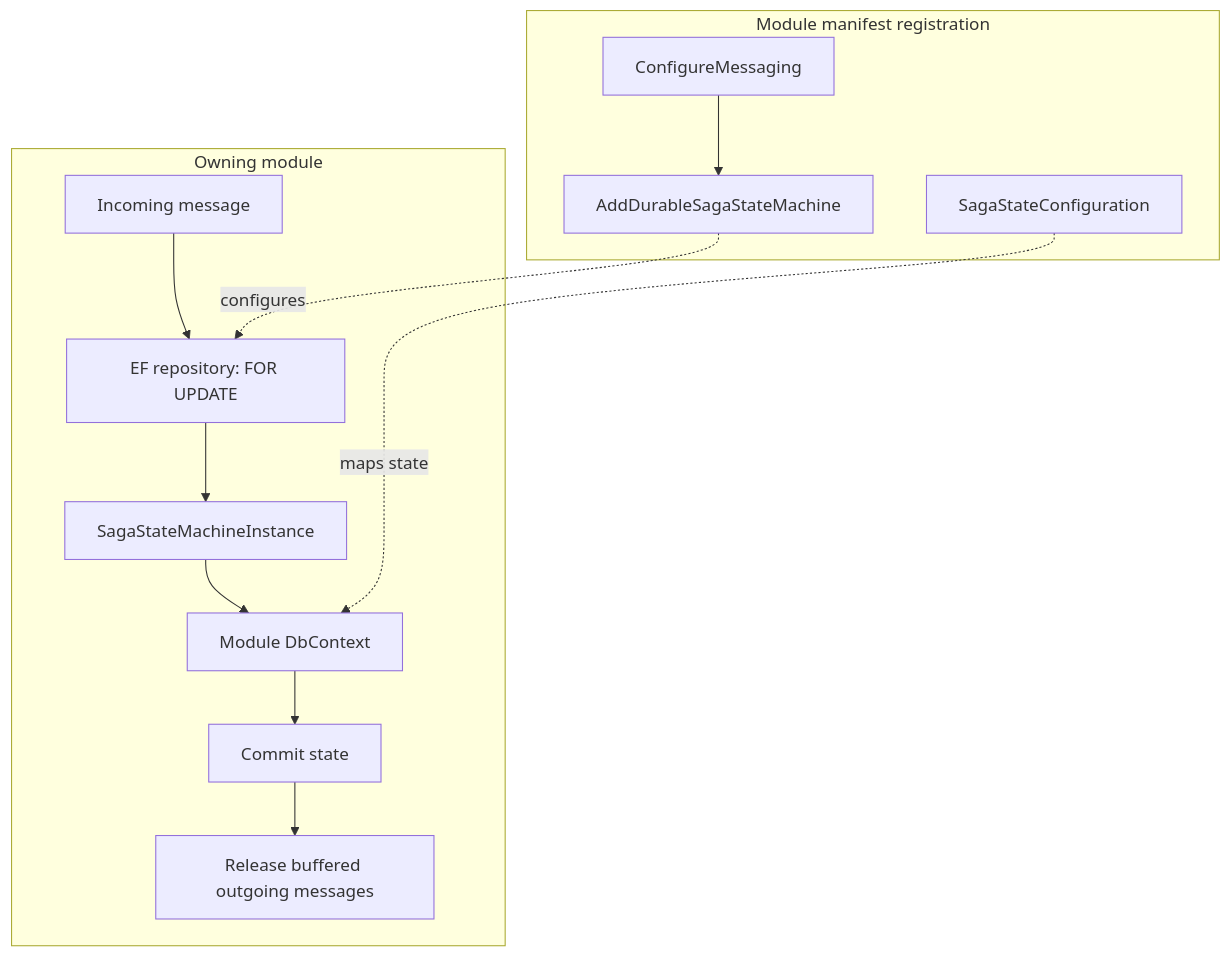
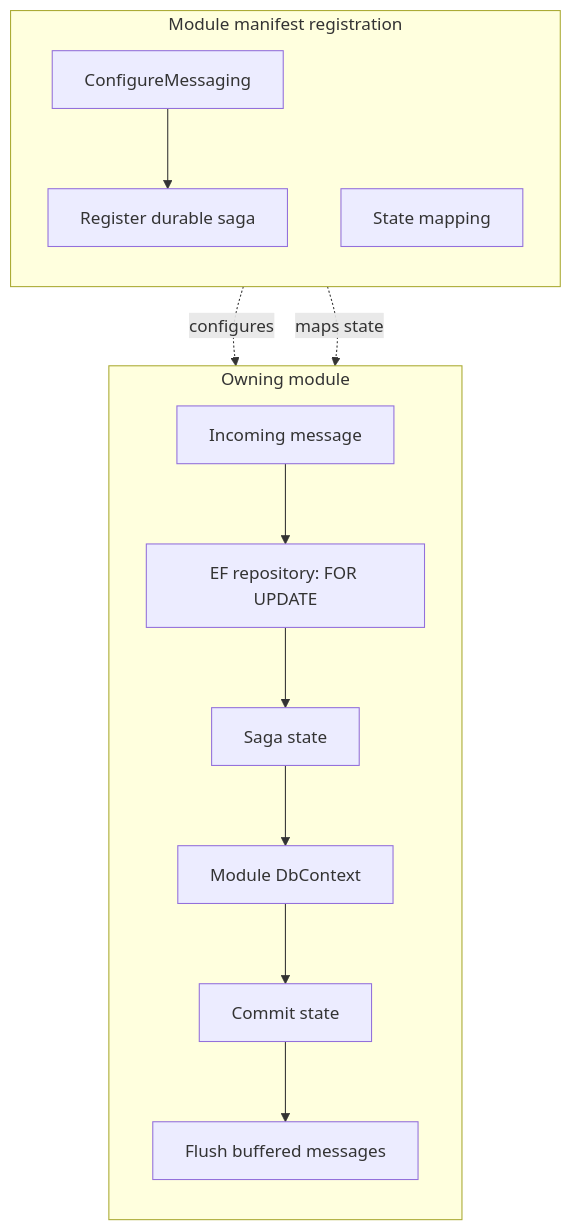
Before and after one commit to mhasabalah/StarterKit: the fifth of 5 diagrams in wiki/Architecture/Messaging.md, drawn with Mermaid. The commit also changed other lines of this file and 152 other files, not shown here.

Commit message:
feat(docs): add Fumadocs V2 and standardize diagrams

````diff
--- a/wiki/Architecture/Messaging.md
+++ b/wiki/Architecture/Messaging.md
@@ -158,16 +169,23 @@
 ```mermaid
 flowchart TB
+  accTitle: Durable saga persistence
+  accDescr: Durable saga registration keeps state and locking in the owning module database.
   subgraph Registration[Module manifest registration]
-    M[ConfigureMessaging] --> A[AddDurableSagaStateMachine]
-    C[SagaStateConfiguration]
+    direction TB
+    M[ConfigureMessaging] --> A[Register durable saga]
+    C[State mapping]
   end
   subgraph Runtime[Owning module]
+    direction TB
     T[Incoming message] --> L[EF repository: FOR UPDATE]
-    L --> S[SagaStateMachineInstance]
+    L --> S[Saga state]
     S --> D[Module DbContext]
     D --> O[Commit state]
-    O --> P[Release buffered outgoing messages]
+    O --> P[Flush buffered messages]
   end
   A -. configures .-> L
   C -. maps state .-> D
+  class M,A,C,L,D,O,P infrastructure
+  class T event
+  class S domain
 ```
````
